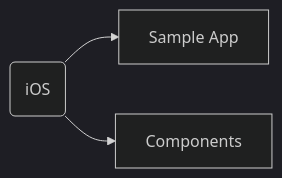
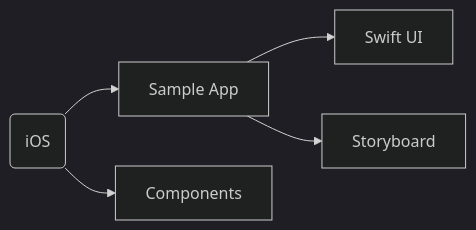
The diagram in README.md (Packiaseelan/test), drawn with Mermaid (dark theme) before and after one commit.

````diff
--- a/README.md
+++ b/README.md
@@ -3,8 +3,12 @@
 ```mermaid
 graph LR
 
 A(iOS)
+
 A --> B[Sample App]
 A --> C[Components]
 
+B --> B1[Swift UI]
+B --> B2[Storyboard]
+
 ```
````
